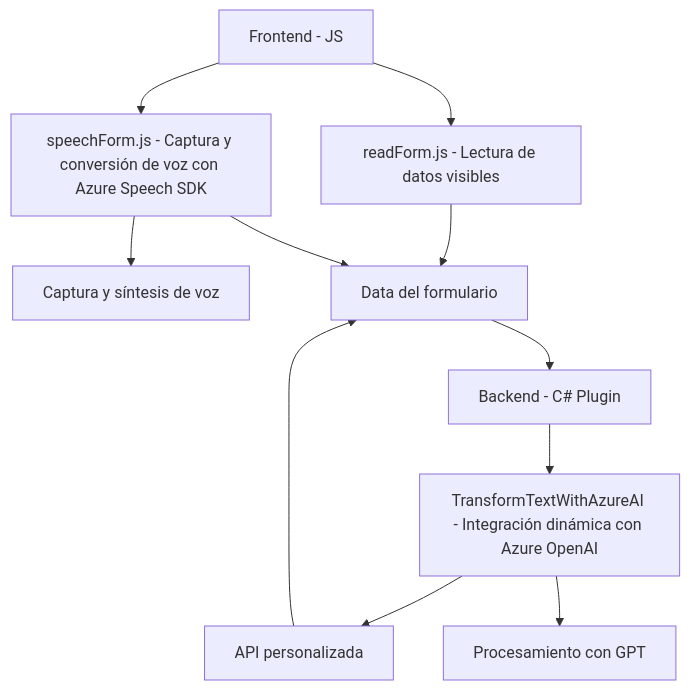
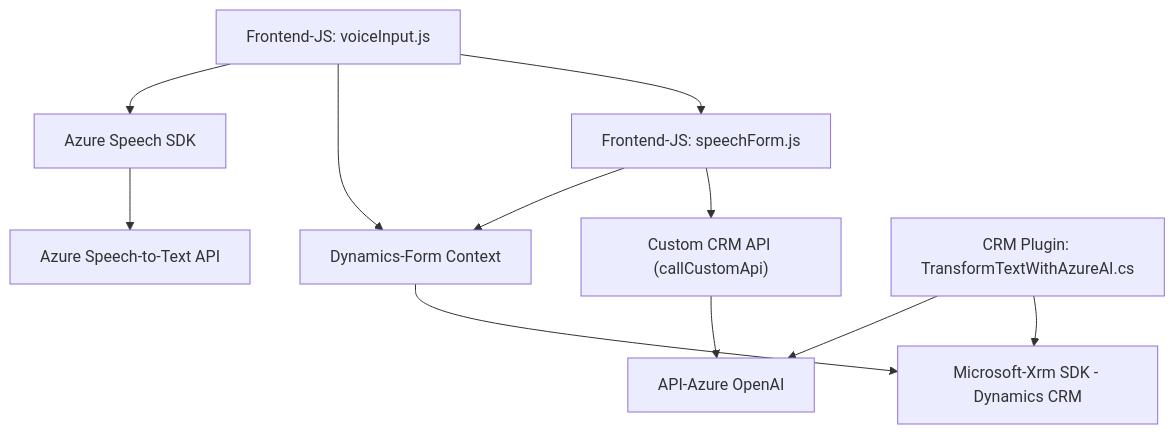
Before and after one commit to blopezdm/NETCORE_BILBAO2025: the diagram in README.md, drawn with Mermaid. The commit also changed other lines of this file, not shown here.

Commit message:
Actualizar análisis global de la solución con IA

````diff
--- a/README.md
+++ b/README.md
@@ -40,26 +35,13 @@
 ```mermaid
 graph TD
-    A["Frontend - JS"]
-
-    A1["readForm.js - Lectura de datos visibles"]
-    A2["speechForm.js - Captura y conversión de voz con Azure Speech SDK"]
-
-    B["Backend - C# Plugin"]
-    B1["TransformTextWithAzureAI - Integración dinámica con Azure OpenAI"]
-    B2["Dynamics 365 API"]
-
-    C["Azure Speech SDK"]
-    D["Azure OpenAI API"]
-    E["Dynamics CRM Forms"]
-
-    A --> A1
-    A --> A2
-    A2 --> C["Captura y síntesis de voz"]
-    A1 --> E["Data del formulario"]
-    A2 --> E
-    E --> B
-    B --> B1
-    B1 --> B2["API personalizada"]
-    B1 --> D["Procesamiento con GPT"]
-    B2 --> E
+A["Frontend-JS: voiceInput.js"] --> B["Azure Speech SDK"]
+A --> C["Dynamics-Form Context"]
+B --> D["Azure Speech-to-Text API"]
+A --> E["Frontend-JS: speechForm.js"]
+E --> C
+E --> F["Custom CRM API (callCustomApi)"]
+F --> G["API-Azure OpenAI"]
+H["CRM Plugin: TransformTextWithAzureAI.cs"] --> G
+H --> I["Microsoft-Xrm SDK - Dynamics CRM"]
+C --> I
 ```
````
